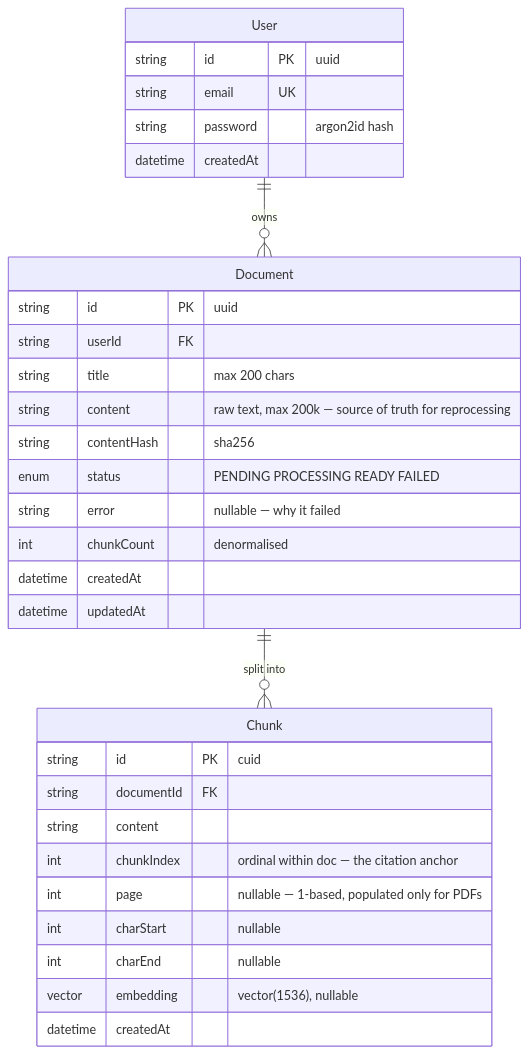
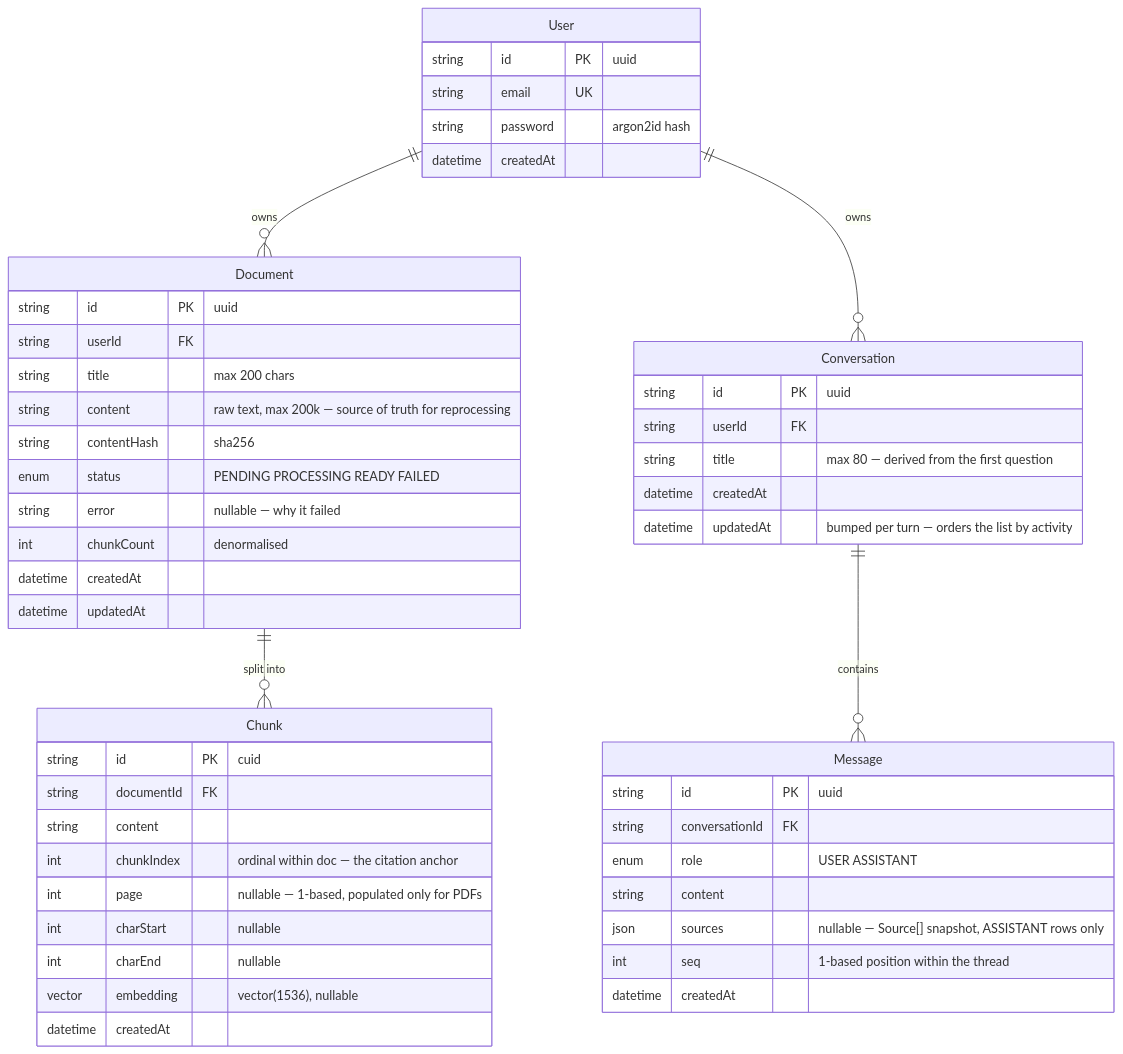
One commit to AbhishekSatyam96/rag-assistant changed the second of 7 diagrams in docs/lld.md. Above: the diagram before and after it, drawn with Mermaid. The commit also changed other lines of this file and 30 other files, not shown here.

````diff
--- a/docs/lld.md
+++ b/docs/lld.md
@@ -127,35 +157,53 @@
 ```mermaid
 erDiagram
     User ||--o{ Document : owns
     Document ||--o{ Chunk : "split into"
+    User ||--o{ Conversation : owns
+    Conversation ||--o{ Message : contains
 
     User {
         string id PK "uuid"
         string email UK
         string password "argon2id hash"
         datetime createdAt
     }
     Document {
         string id PK "uuid"
         string userId FK
         string title "max 200 chars"
         string content "raw text, max 200k — source of truth for reprocessing"
         string contentHash "sha256"
         enum status "PENDING PROCESSING READY FAILED"
         string error "nullable — why it failed"
         int chunkCount "denormalised"
         datetime createdAt
         datetime updatedAt
     }
     Chunk {
         string id PK "cuid"
         string documentId FK
         string content
         int chunkIndex "ordinal within doc — the citation anchor"
         int page "nullable — 1-based, populated only for PDFs"
         int charStart "nullable"
         int charEnd "nullable"
         vector embedding "vector(1536), nullable"
         datetime createdAt
     }
+    Conversation {
+        string id PK "uuid"
+        string userId FK
+        string title "max 80 — derived from the first question"
+        datetime createdAt
+        datetime updatedAt "bumped per turn — orders the list by activity"
+    }
+    Message {
+        string id PK "uuid"
+        string conversationId FK
+        enum role "USER ASSISTANT"
+        string content
+        json sources "nullable — Source[] snapshot, ASSISTANT rows only"
+        int seq "1-based position within the thread"
+        datetime createdAt
+    }
 ```
````
